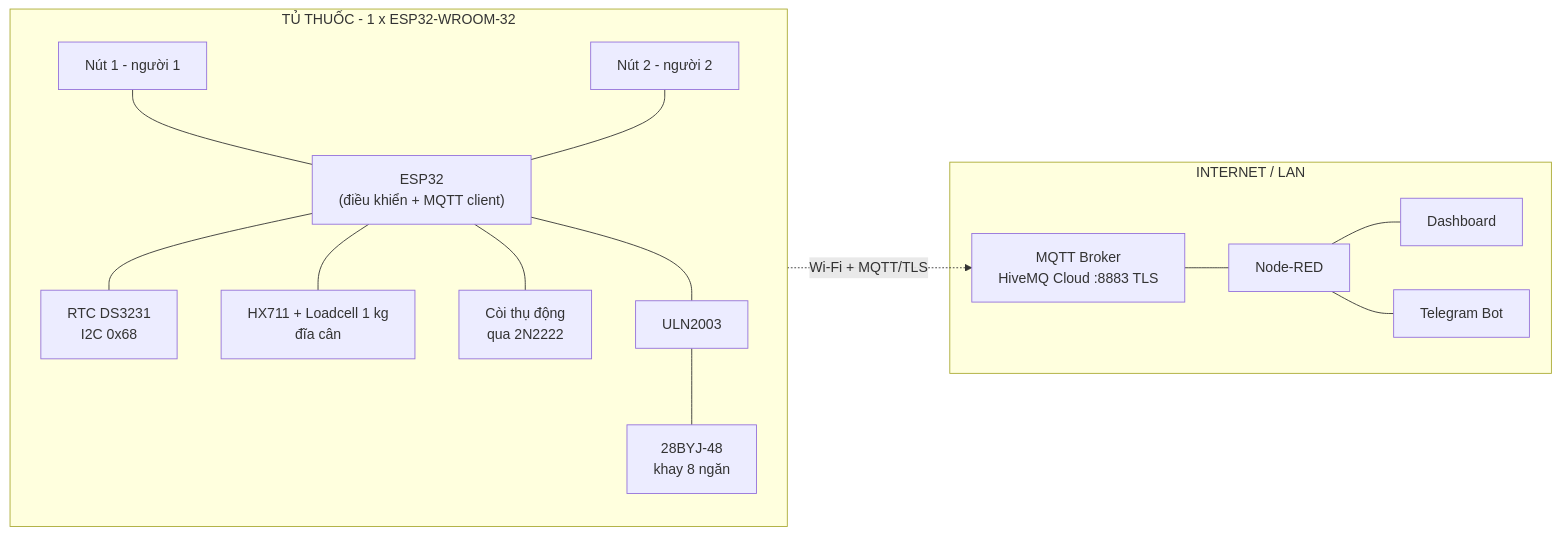
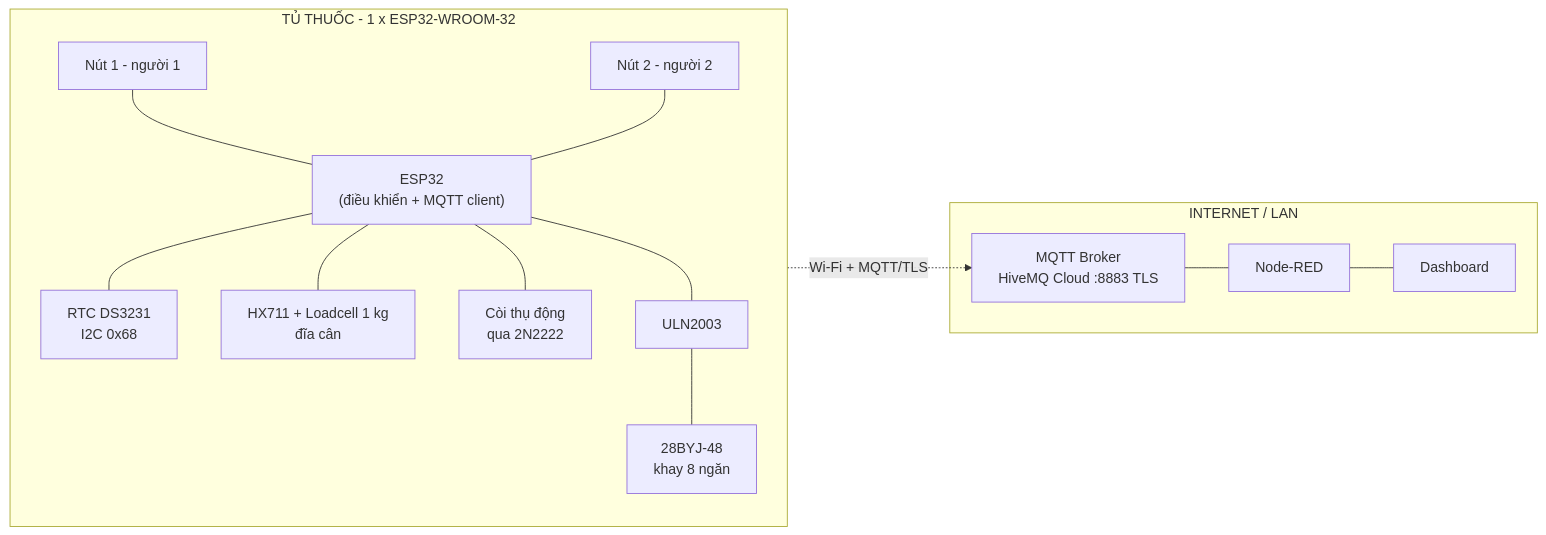
One commit to 23001579-cpu/iot_dev_app12 changed the first of 4 diagrams in README.md. Above: the diagram before and after it, drawn with Mermaid. The commit also changed other lines of this file, not shown here.

````diff
--- a/README.md
+++ b/README.md
@@ -80,32 +74,30 @@
 ```mermaid
 flowchart LR
     subgraph DEV["TỦ THUỐC - 1 x ESP32-WROOM-32"]
         direction TB
         M["ESP32<br/>(điều khiển + MQTT client)"]
         RTC["RTC DS3231<br/>I2C 0x68"]
         HX["HX711 + Loadcell 1 kg<br/>đĩa cân"]
         BZ["Còi thụ động<br/>qua 2N2222"]
         B1["Nút 1 - người 1"]
         B2["Nút 2 - người 2"]
         U["ULN2003"]
         S["28BYJ-48<br/>khay 8 ngăn"]
         M --- RTC
         M --- HX
         M --- BZ
         B1 --- M
         B2 --- M
         M --- U --- S
     end
-
+ 
     subgraph CLOUD["INTERNET / LAN"]
         BRK["MQTT Broker<br/>HiveMQ Cloud :8883 TLS"]
         NR["Node-RED"]
         DASH["Dashboard"]
-        TG["Telegram Bot"]
         BRK --- NR
         NR --- DASH
-        NR --- TG
     end
-
+ 
     M -.->|"Wi-Fi + MQTT/TLS"| BRK
 ```
````
